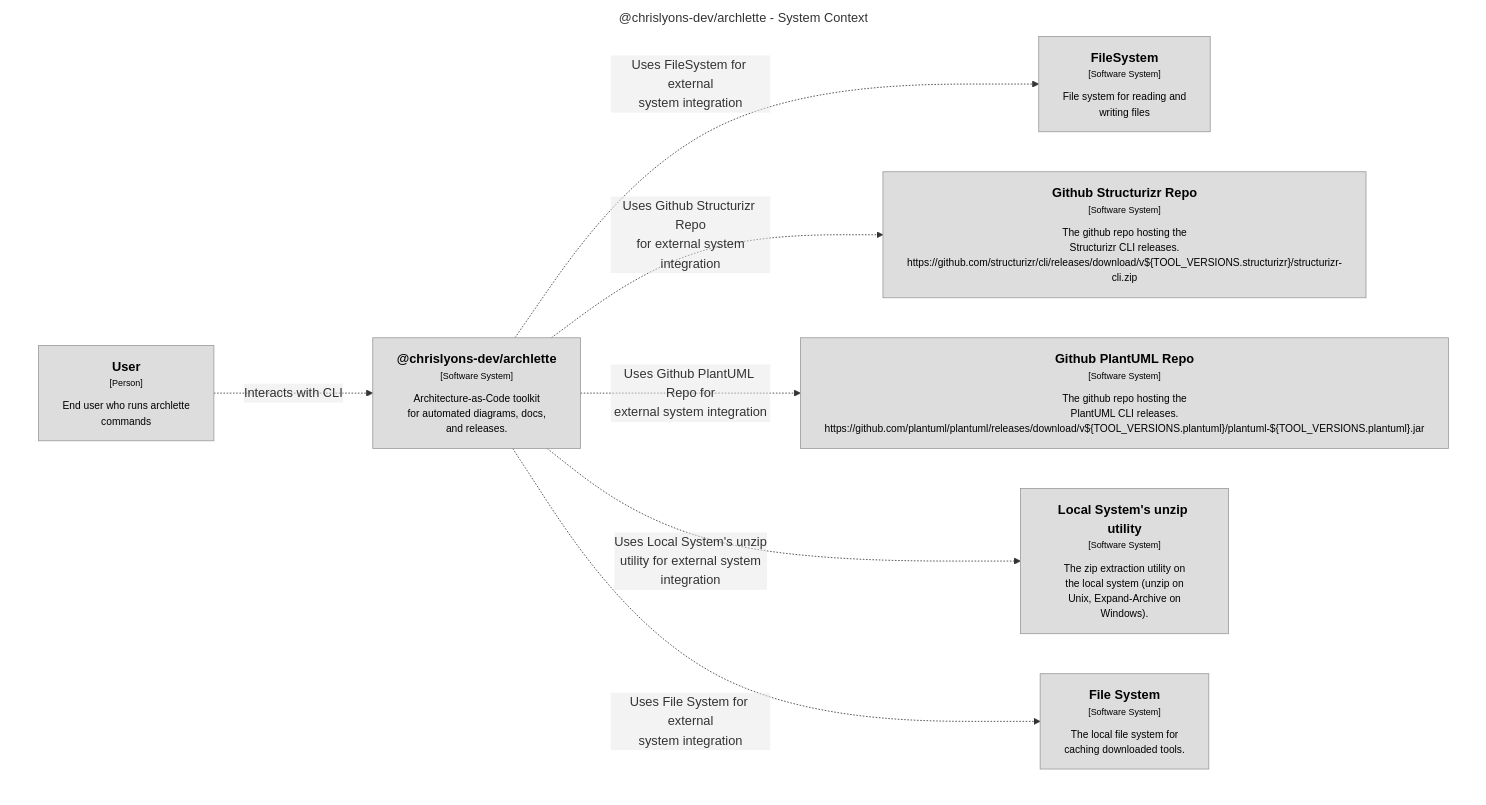
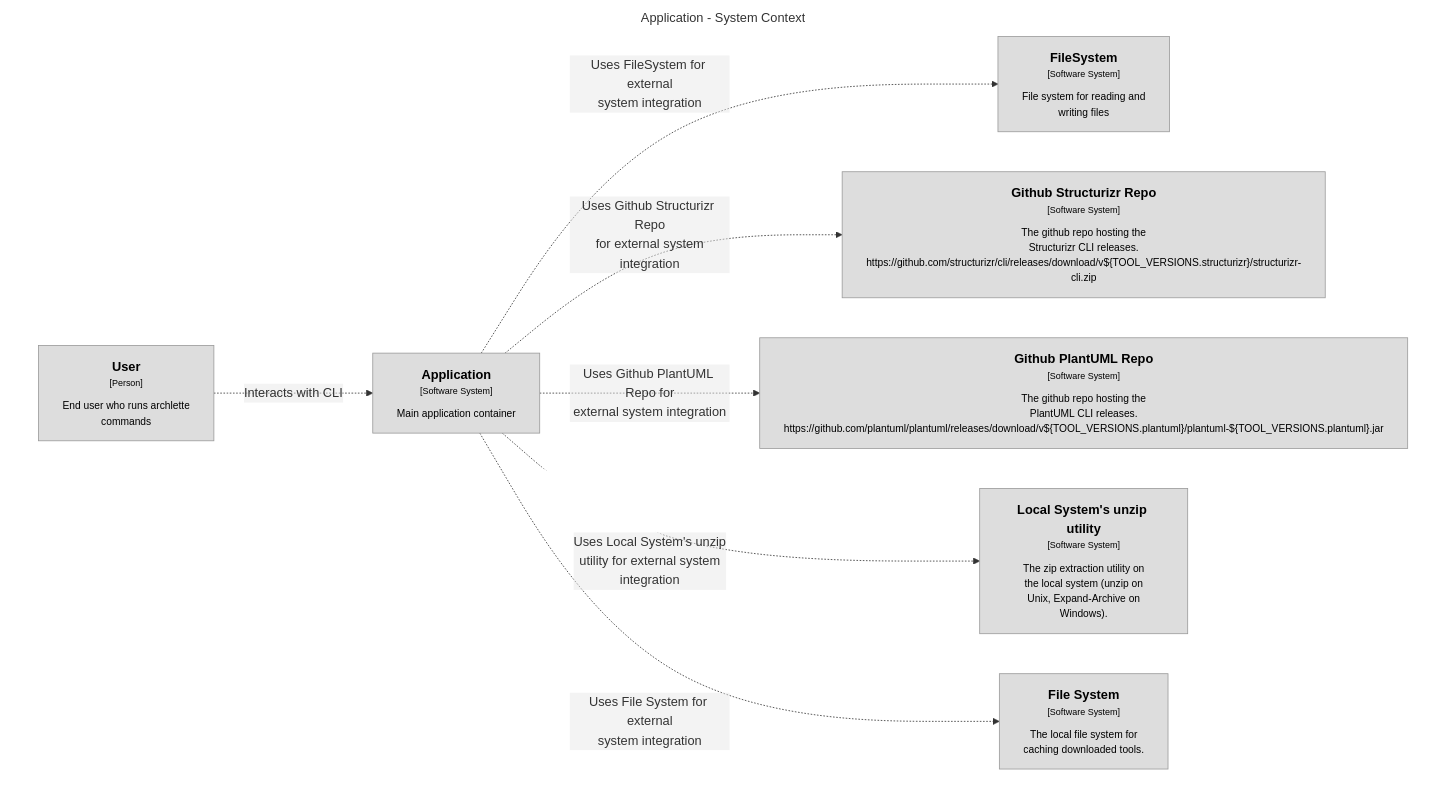
The diagram in docs/architecture/diagrams/mermaid/structurizr-SystemContext.mmd (chrislyons-dev/archlette), drawn with Mermaid before and after one commit. The commit also changed 159 other files, not shown here.

```diff
--- a/docs/architecture/diagrams/mermaid/structurizr-SystemContext.mmd
+++ b/docs/architecture/diagrams/mermaid/structurizr-SystemContext.mmd
@@ -1,28 +1,28 @@
 graph TB
   linkStyle default fill:#ffffff
 
-  subgraph diagram ["@chrislyons-dev/archlette - System Context"]
+  subgraph diagram ["Application - System Context"]
     style diagram fill:#ffffff,stroke:#ffffff
 
     1["<div style='font-weight: bold'>User</div><div style='font-size: 70%; margin-top: 0px'>[Person]</div><div style='font-size: 80%; margin-top:10px'>End user who runs archlette<br />commands</div>"]
     style 1 fill:#dddddd,stroke:#9a9a9a,color:#000000
     2["<div style='font-weight: bold'>FileSystem</div><div style='font-size: 70%; margin-top: 0px'>[Software System]</div><div style='font-size: 80%; margin-top:10px'>File system for reading and<br />writing files</div>"]
     style 2 fill:#dddddd,stroke:#9a9a9a,color:#000000
     3["<div style='font-weight: bold'>Github Structurizr Repo</div><div style='font-size: 70%; margin-top: 0px'>[Software System]</div><div style='font-size: 80%; margin-top:10px'>The github repo hosting the<br />Structurizr CLI releases.<br />https://github.com/structurizr/cli/releases/download/v${TOOL_VERSIONS.structurizr}/structurizr-cli.zip</div>"]
     style 3 fill:#dddddd,stroke:#9a9a9a,color:#000000
     4["<div style='font-weight: bold'>Github PlantUML Repo</div><div style='font-size: 70%; margin-top: 0px'>[Software System]</div><div style='font-size: 80%; margin-top:10px'>The github repo hosting the<br />PlantUML CLI releases.<br />https://github.com/plantuml/plantuml/releases/download/v${TOOL_VERSIONS.plantuml}/plantuml-${TOOL_VERSIONS.plantuml}.jar</div>"]
     style 4 fill:#dddddd,stroke:#9a9a9a,color:#000000
     5["<div style='font-weight: bold'>Local System's unzip utility</div><div style='font-size: 70%; margin-top: 0px'>[Software System]</div><div style='font-size: 80%; margin-top:10px'>The zip extraction utility on<br />the local system (unzip on<br />Unix, Expand-Archive on<br />Windows).</div>"]
     style 5 fill:#dddddd,stroke:#9a9a9a,color:#000000
     6["<div style='font-weight: bold'>File System</div><div style='font-size: 70%; margin-top: 0px'>[Software System]</div><div style='font-size: 80%; margin-top:10px'>The local file system for<br />caching downloaded tools.</div>"]
     style 6 fill:#dddddd,stroke:#9a9a9a,color:#000000
-    7["<div style='font-weight: bold'>@chrislyons-dev/archlette</div><div style='font-size: 70%; margin-top: 0px'>[Software System]</div><div style='font-size: 80%; margin-top:10px'>Architecture-as-Code toolkit<br />for automated diagrams, docs,<br />and releases.</div>"]
+    7["<div style='font-weight: bold'>Application</div><div style='font-size: 70%; margin-top: 0px'>[Software System]</div><div style='font-size: 80%; margin-top:10px'>Main application container</div>"]
     style 7 fill:#dddddd,stroke:#9a9a9a,color:#000000
 
-    7-. "<div>Uses FileSystem for external<br />system integration</div><div style='font-size: 70%'></div>" .->2
-    7-. "<div>Uses Github Structurizr Repo<br />for external system<br />integration</div><div style='font-size: 70%'></div>" .->3
     7-. "<div>Uses Github PlantUML Repo for<br />external system integration</div><div style='font-size: 70%'></div>" .->4
     7-. "<div>Uses Local System's unzip<br />utility for external system<br />integration</div><div style='font-size: 70%'></div>" .->5
     7-. "<div>Uses File System for external<br />system integration</div><div style='font-size: 70%'></div>" .->6
     1-. "<div>Interacts with CLI</div><div style='font-size: 70%'></div>" .->7
+    7-. "<div>Uses FileSystem for external<br />system integration</div><div style='font-size: 70%'></div>" .->2
+    7-. "<div>Uses Github Structurizr Repo<br />for external system<br />integration</div><div style='font-size: 70%'></div>" .->3
   end
```
